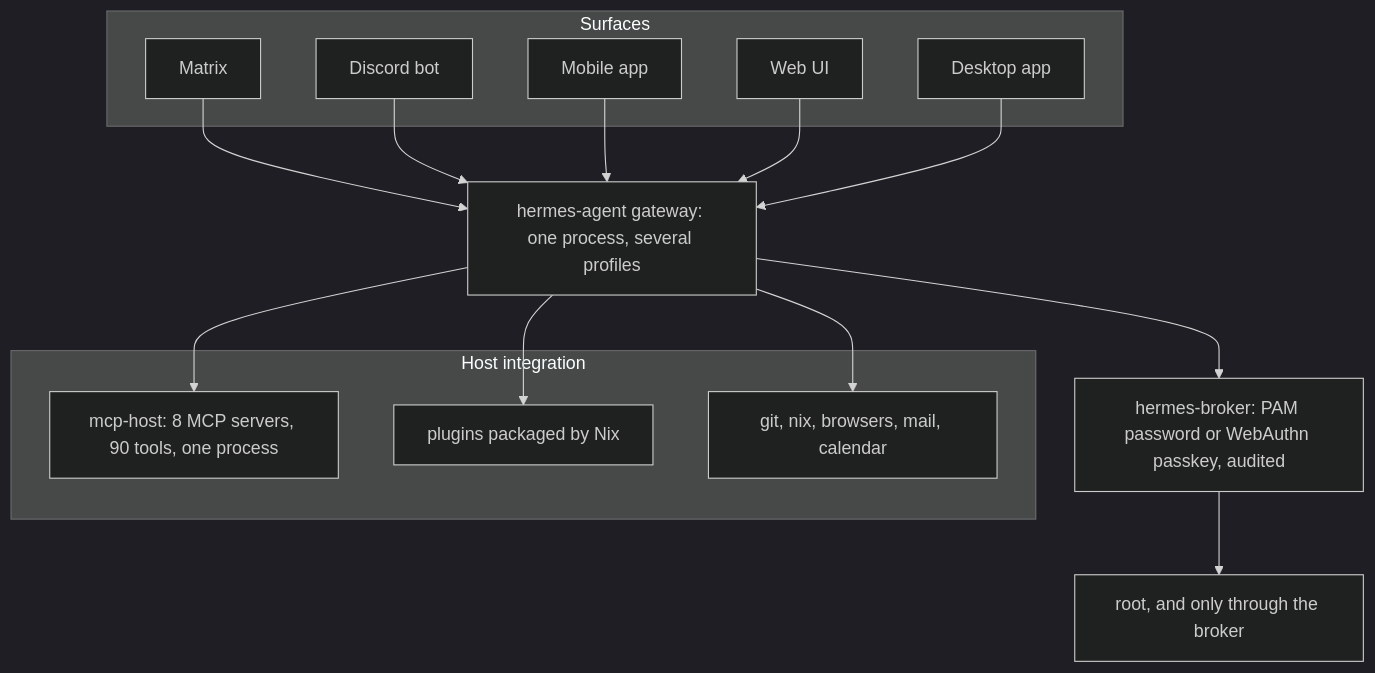
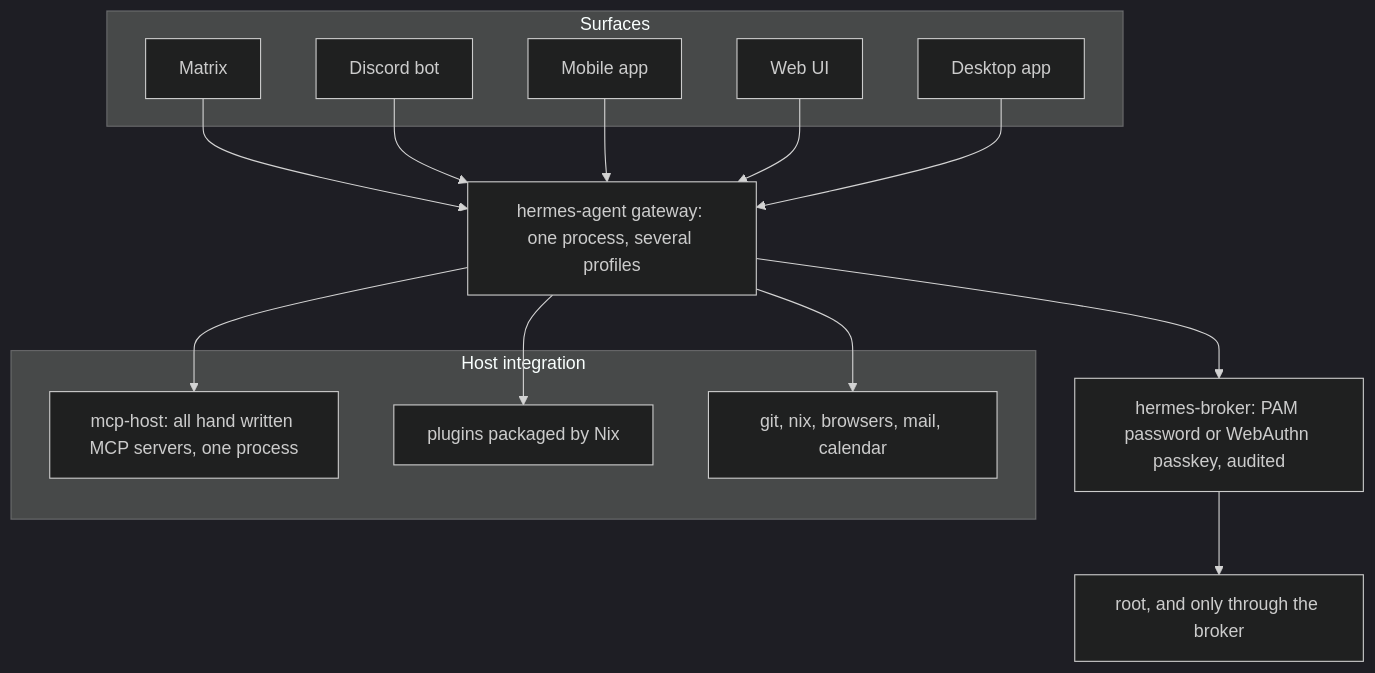
The seventh of 8 diagrams in README.md (MarcPartensky/nixos), drawn with Mermaid (dark theme) before and after one commit. The commit also changed other lines of this file, not shown here.

````diff
--- a/README.md
+++ b/README.md
@@ -167,28 +196,28 @@
 ```mermaid
 flowchart TB
   subgraph surfaces["Surfaces"]
     mx["Matrix"]
     dc["Discord bot"]
     mob["Mobile app"]
     web["Web UI"]
     desk["Desktop app"]
   end
   gw["hermes-agent gateway: one process, several profiles"]
   subgraph host["Host integration"]
-    mcp["mcp-host: 8 MCP servers, 90 tools, one process"]
+    mcp["mcp-host: all hand written MCP servers, one process"]
     plug["plugins packaged by Nix"]
     tools["git, nix, browsers, mail, calendar"]
   end
   brk["hermes-broker: PAM password or WebAuthn passkey, audited"]
   root["root, and only through the broker"]
   mx --> gw
   dc --> gw
   mob --> gw
   web --> gw
   desk --> gw
   gw --> mcp
   gw --> plug
   gw --> tools
   gw --> brk
   brk --> root
 ```
````
